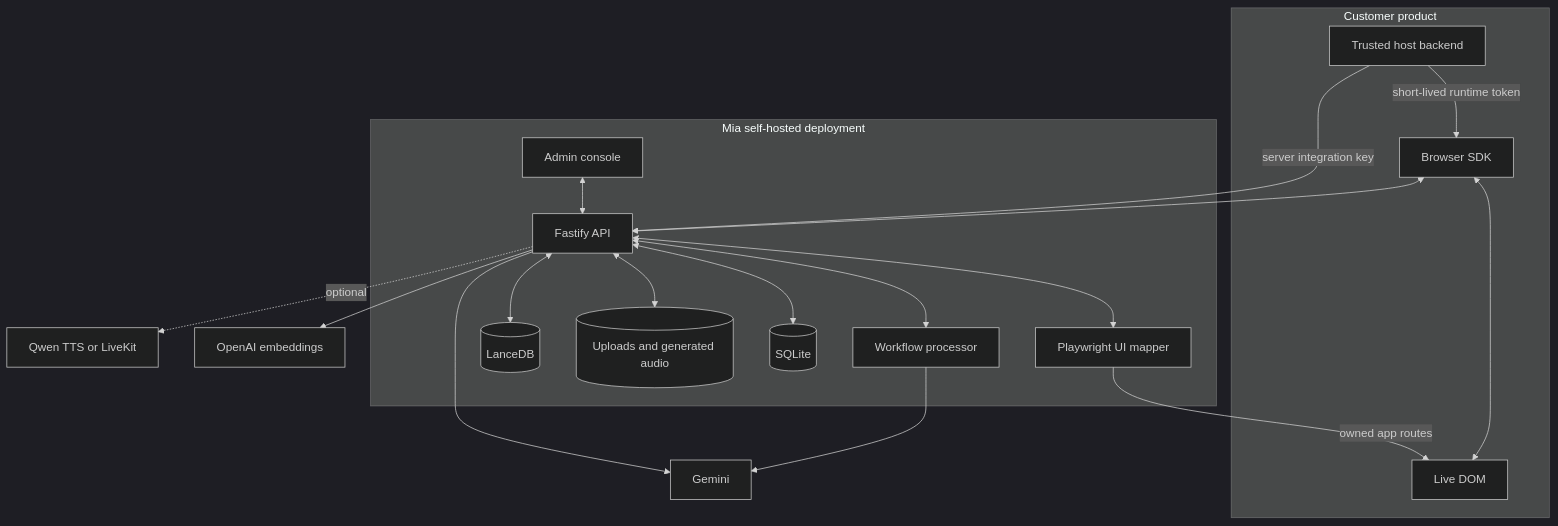
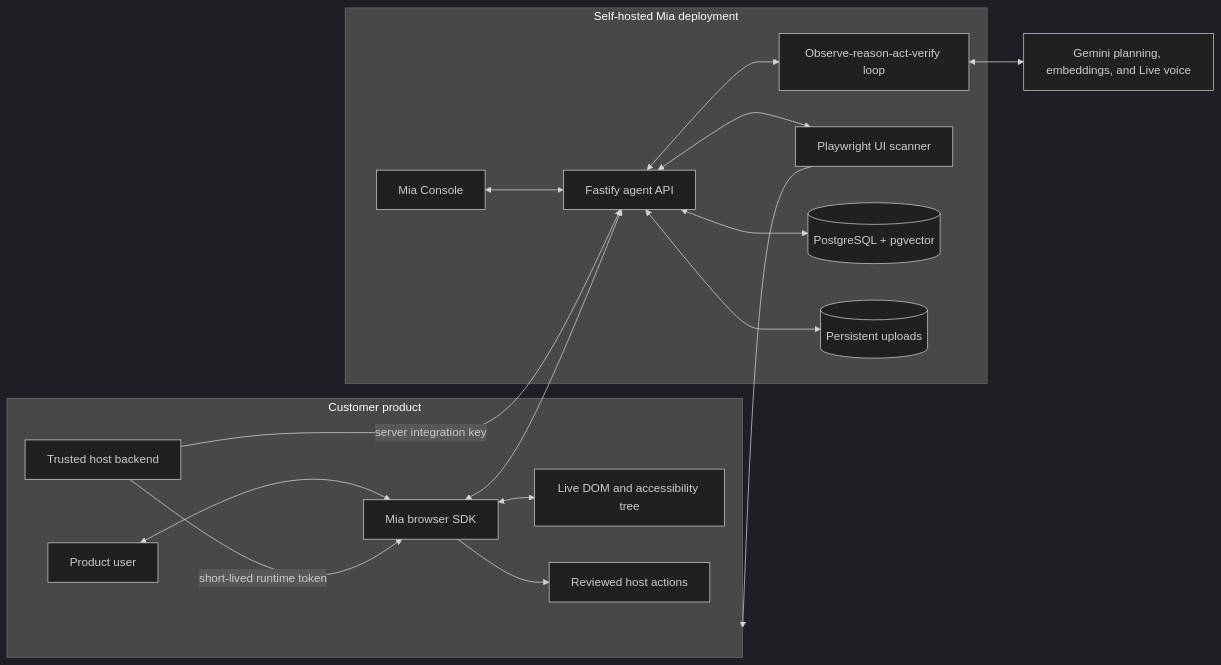
The diagram in README.md (Sricharan07/mia-onboarding-agent), drawn with Mermaid (dark theme) before and after one commit. The commit also changed other lines of this file and 48 other files, not shown here.

````diff
--- a/README.md
+++ b/README.md
@@ -82,34 +38,33 @@
 ```mermaid
-flowchart TB
-    subgraph Host[Customer product]
-        HostBackend[Trusted host backend]
-        Browser[Browser SDK]
-        DOM[Live DOM]
-        HostBackend -->|short-lived runtime token| Browser
-        Browser <--> DOM
+flowchart LR
+    subgraph Product["Customer product"]
+        User["Product user"]
+        SDK["Mia browser SDK"]
+        UI["Live DOM and accessibility tree"]
+        Host["Trusted host backend"]
+        Actions["Reviewed host actions"]
+        User <--> SDK
+        SDK <--> UI
+        SDK --> Actions
+        Host -->|"short-lived runtime token"| SDK
     end
 
-    subgraph Mia[Mia self-hosted deployment]
-        Console[Admin console]
-        API[Fastify API]
-        Scanner[Playwright UI mapper]
-        Worker[Workflow processor]
-        DB[(SQLite)]
-        Files[(Uploads and generated audio)]
-        Index[(LanceDB)]
+    subgraph Deployment["Self-hosted Mia deployment"]
+        Console["Mia Console"]
+        API["Fastify agent API"]
+        Agent["Observe-reason-act-verify loop"]
+        Scanner["Playwright UI scanner"]
+        DB[("PostgreSQL + pgvector")]
+        Files[("Persistent uploads")]
         Console <--> API
+        API <--> Agent
         API <--> Scanner
-        API <--> Worker
         API <--> DB
         API <--> Files
-        API <--> Index
     end
 
-    HostBackend -->|server integration key| API
-    Browser <--> API
-    Scanner -->|owned app routes| DOM
-    Worker --> Gemini[Gemini]
-    API --> Gemini
-    API --> OpenAI[OpenAI embeddings]
-    API -. optional .-> Voice[Qwen TTS or LiveKit]
+    Host -->|"server integration key"| API
+    SDK <--> API
+    Agent <--> Gemini["Gemini planning, embeddings, and Live voice"]
+    Scanner --> Product
 ```
````
